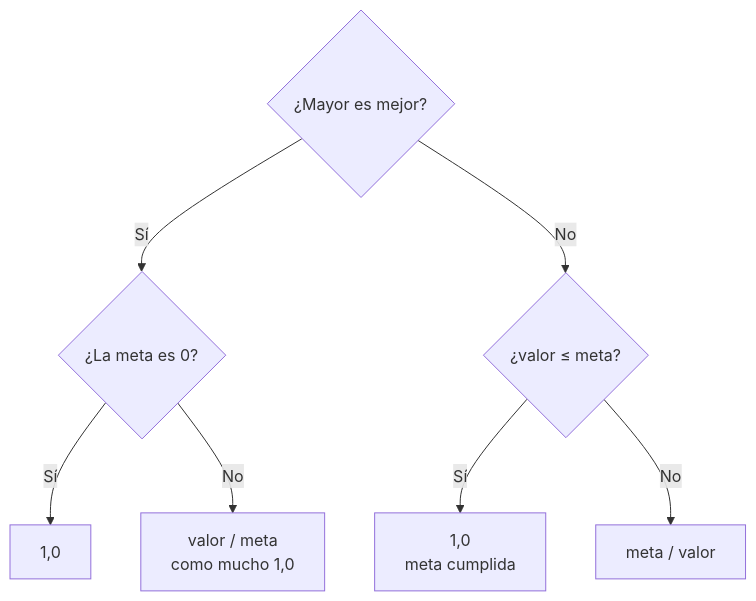
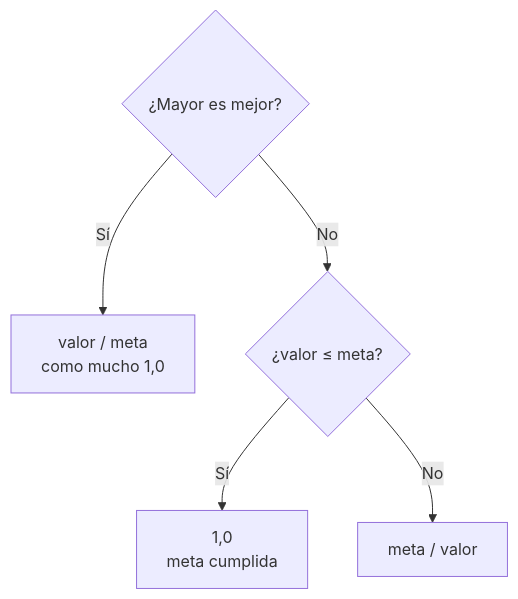
The second of 4 diagrams in docs/ut1/index.md (campusdevfp/sost2627), drawn with Mermaid before and after one commit. The commit also changed other lines of this file and 19 other files, not shown here.

````diff
--- a/docs/ut1/index.md
+++ b/docs/ut1/index.md
@@ -137,9 +143,7 @@
 ```mermaid
 flowchart TD
-    A{"¿Mayor es mejor?"} -->|Sí| B{"¿La meta es 0?"}
-    B -->|Sí| R1["1,0"]
-    B -->|No| R2["valor / meta<br/>como mucho 1,0"]
+    A{"¿Mayor es mejor?"} -->|Sí| R1["valor / meta<br/>como mucho 1,0"]
     A -->|No| C{"¿valor ≤ meta?"}
-    C -->|Sí| R3["1,0<br/>meta cumplida"]
-    C -->|No| R4["meta / valor"]
+    C -->|Sí| R2["1,0<br/>meta cumplida"]
+    C -->|No| R3["meta / valor"]
 ```
````
